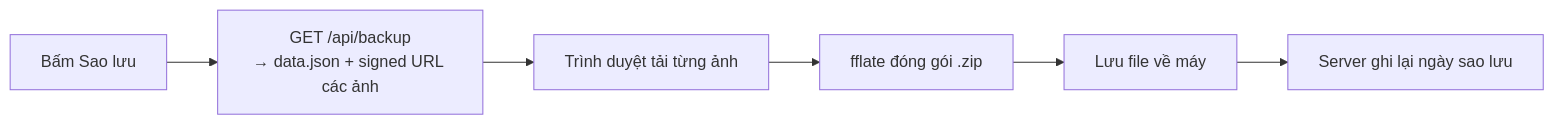
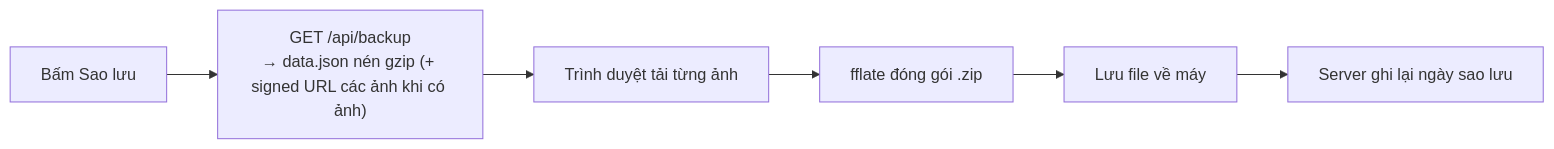
The third of 5 diagrams in teckstack.md (DevViTien/doctor-handbook), drawn with Mermaid before and after one commit. The commit also changed other lines of this file and 51 other files, not shown here.

````diff
--- a/teckstack.md
+++ b/teckstack.md
@@ -294,8 +294,8 @@
 ```mermaid
 flowchart LR
-    A[Bấm Sao lưu] --> B["GET /api/backup<br/>→ data.json + signed URL các ảnh"]
+    A[Bấm Sao lưu] --> B["GET /api/backup<br/>→ data.json nén gzip (+ signed URL các ảnh khi có ảnh)"]
     B --> C[Trình duyệt tải từng ảnh]
     C --> D["fflate đóng gói .zip"]
     D --> E[Lưu file về máy]
     E --> F[Server ghi lại ngày sao lưu]
 ```
````
